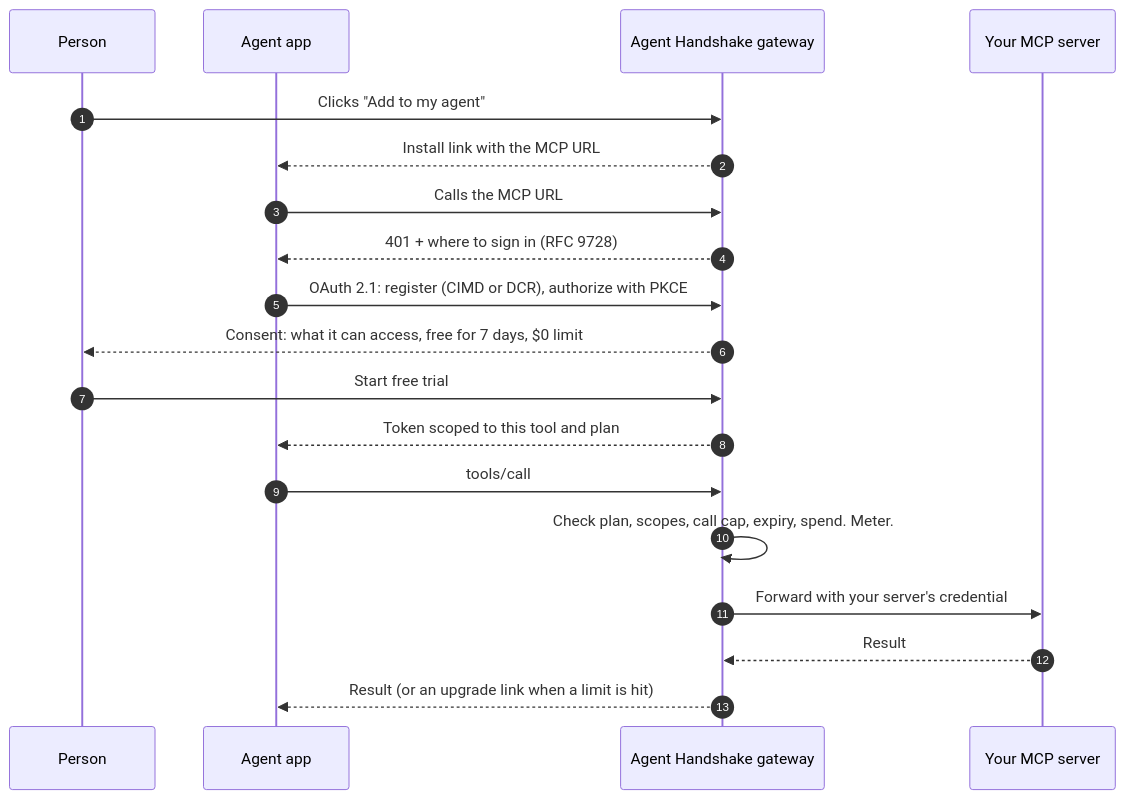
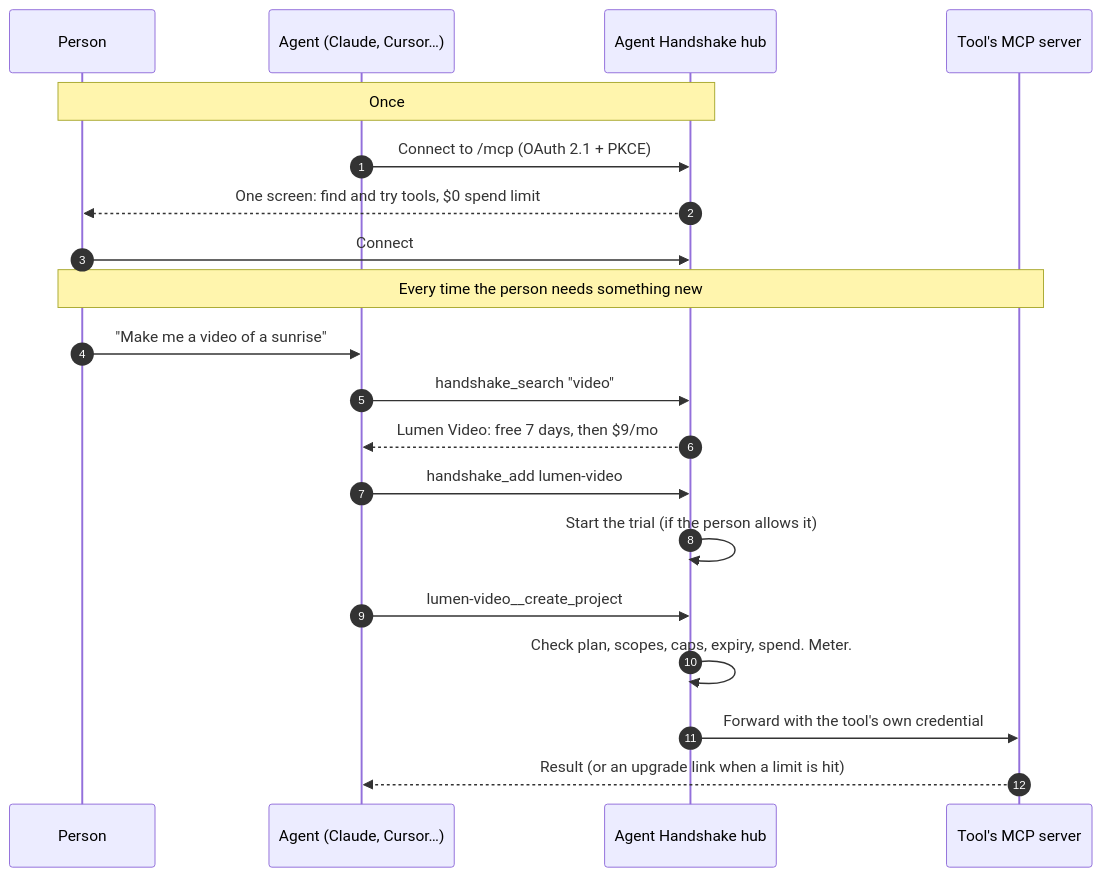
One commit to larvuz2/agent-handshake changed the diagram in README.md. Above: the diagram before and after it, drawn with Mermaid. The commit also changed other lines of this file and 20 other files, not shown here.

````diff
--- a/README.md
+++ b/README.md
@@ -125,21 +127,22 @@
 ```mermaid
 sequenceDiagram
   autonumber
   participant P as Person
-  participant A as Agent app
-  participant G as Agent Handshake gateway
-  participant S as Your MCP server
-  P->>G: Clicks "Add to my agent"
-  G-->>A: Install link with the MCP URL
-  A->>G: Calls the MCP URL
-  G-->>A: 401 + where to sign in (RFC 9728)
-  A->>G: OAuth 2.1: register (CIMD or DCR), authorize with PKCE
-  G-->>P: Consent: what it can access, free for 7 days, $0 limit
-  P->>G: Start free trial
-  G-->>A: Token scoped to this tool and plan
-  A->>G: tools/call
-  G->>G: Check plan, scopes, call cap, expiry, spend. Meter.
-  G->>S: Forward with your server's credential
-  S-->>G: Result
-  G-->>A: Result (or an upgrade link when a limit is hit)
+  participant A as Agent (Claude, Cursor…)
+  participant H as Agent Handshake hub
+  participant T as Tool's MCP server
+  Note over P,H: Once
+  A->>H: Connect to /mcp (OAuth 2.1 + PKCE)
+  H-->>P: One screen: find and try tools, $0 spend limit
+  P->>H: Connect
+  Note over P,T: Every time the person needs something new
+  P->>A: "Make me a video of a sunrise"
+  A->>H: handshake_search "video"
+  H-->>A: Lumen Video: free 7 days, then $9/mo
+  A->>H: handshake_add lumen-video
+  H->>H: Start the trial (if the person allows it)
+  A->>H: lumen-video__create_project
+  H->>H: Check plan, scopes, caps, expiry, spend. Meter.
+  H->>T: Forward with the tool's own credential
+  T-->>A: Result (or an upgrade link when a limit is hit)
 ```
````
